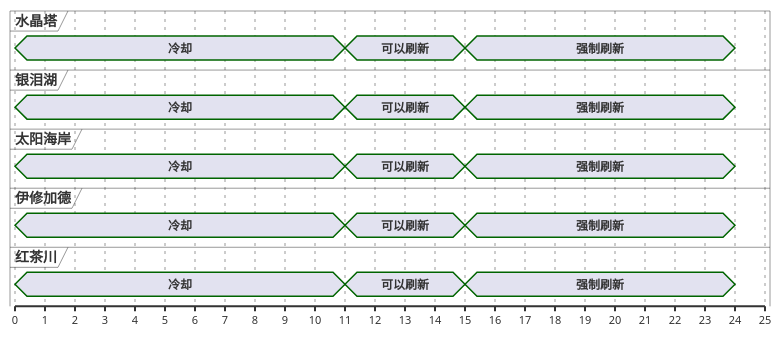
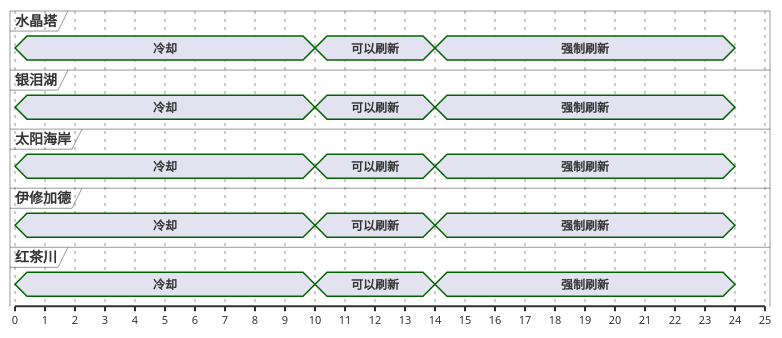
The fourth of 13 diagrams in ffxiv/hunt/2.0/Minhocao.md (Eroleice/doc-pi), drawn with PlantUML before and after one commit. The commit also changed other lines of this file and 38 other files, not shown here.

````diff
--- a/ffxiv/hunt/2.0/Minhocao.md
+++ b/ffxiv/hunt/2.0/Minhocao.md
@@ -224,42 +224,42 @@
 ```plantuml
 @startuml
 scale 1 as 30 pixels
 
 concise 水晶塔
 concise 银泪湖
 concise 太阳海岸
 concise 伊修加德
 concise 红茶川
 
 @银泪湖
 0 is 冷却
-11 is 可以刷新
-15 is 强制刷新
+10 is 可以刷新
+14 is 强制刷新
 24 is {hidden}
 
 @红茶川
 0 is 冷却
-11 is 可以刷新
-15 is 强制刷新
+10 is 可以刷新
+14 is 强制刷新
 24 is {hidden}
 
 @伊修加德
 0 is 冷却
-11 is 可以刷新
-15 is 强制刷新
+10 is 可以刷新
+14 is 强制刷新
 24 is {hidden}
 
 @太阳海岸
 0 is 冷却
-11 is 可以刷新
-15 is 强制刷新
+10 is 可以刷新
+14 is 强制刷新
 24 is {hidden}
 
 @水晶塔
 0 is 冷却
-11 is 可以刷新
-15 is 强制刷新
+10 is 可以刷新
+14 is 强制刷新
 24 is {hidden}
 
 @enduml
 ```
````
